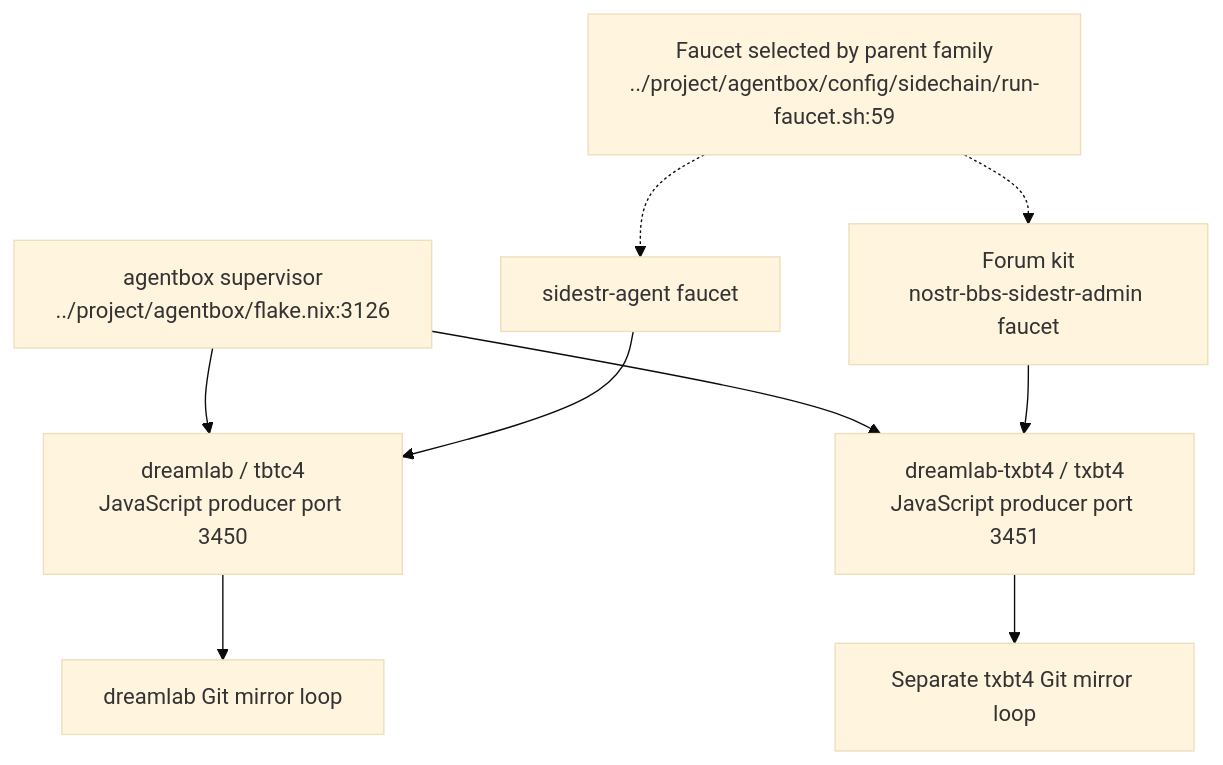
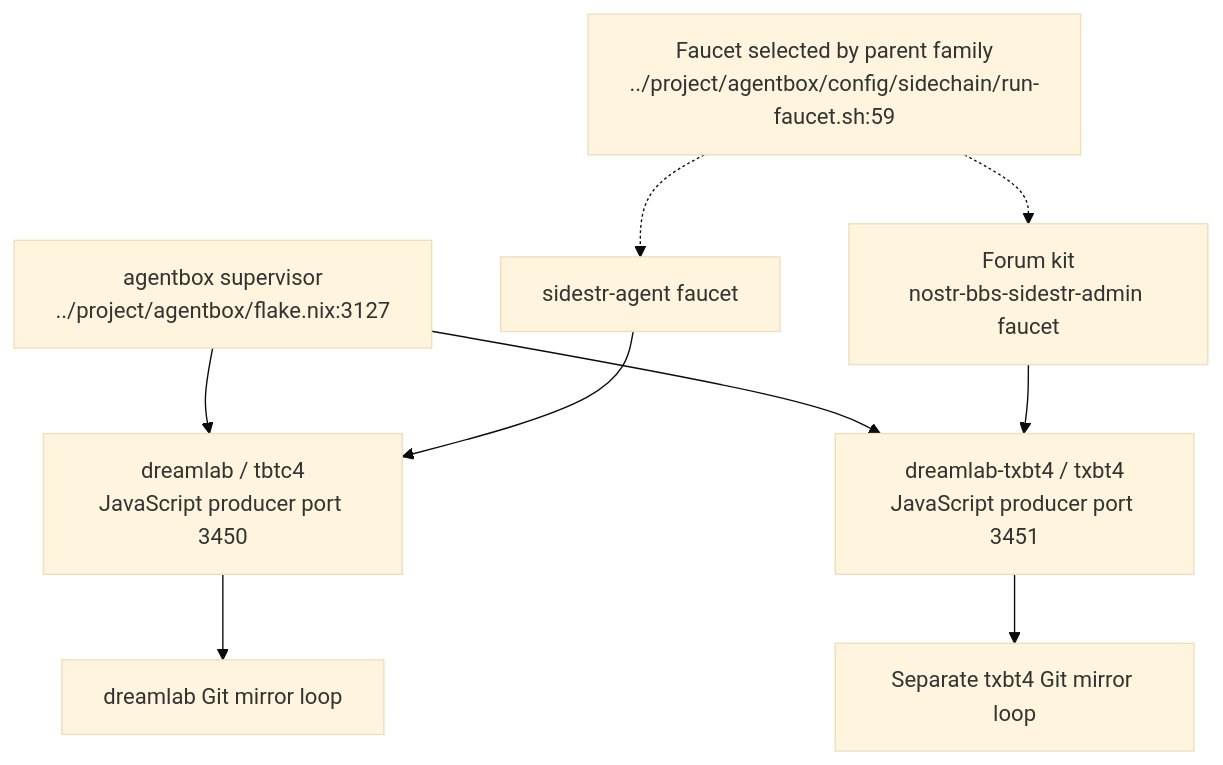
The fourth of 4 diagrams in docs/diagrams/sidestr-rs/01-workspace-oracles-and-live-boundary.md (DreamLab-AI/VisionFlow), drawn with Mermaid (base theme) before and after one commit. The commit also changed other lines of this file, not shown here.

First line of the commit message:
docs(diagrams): SR-01 — ADR-0002 reconciliation and repair; re-stamp sidestr-rs 7f04644, agentbox 5cffdd1

````diff
--- a/docs/diagrams/sidestr-rs/01-workspace-oracles-and-live-boundary.md
+++ b/docs/diagrams/sidestr-rs/01-workspace-oracles-and-live-boundary.md
@@ -128,12 +132,12 @@
 ```mermaid
 flowchart TB
-    AB["agentbox supervisor<br/>../project/agentbox/flake.nix:3126"]
+    AB["agentbox supervisor<br/>../project/agentbox/flake.nix:3127"]
     AB --> P1["dreamlab / tbtc4<br/>JavaScript producer port 3450"]
     AB --> P2["dreamlab-txbt4 / txbt4<br/>JavaScript producer port 3451"]
     F1["sidestr-agent faucet"] --> P1
     F2["Forum kit<br/>nostr-bbs-sidestr-admin faucet"] --> P2
     P1 --> M1["dreamlab Git mirror loop"]
     P2 --> M2["Separate txbt4 Git mirror loop"]
     ROUTE["Faucet selected by parent family<br/>../project/agentbox/config/sidechain/run-faucet.sh:59"] -.-> F1
     ROUTE -.-> F2
 ```
````
